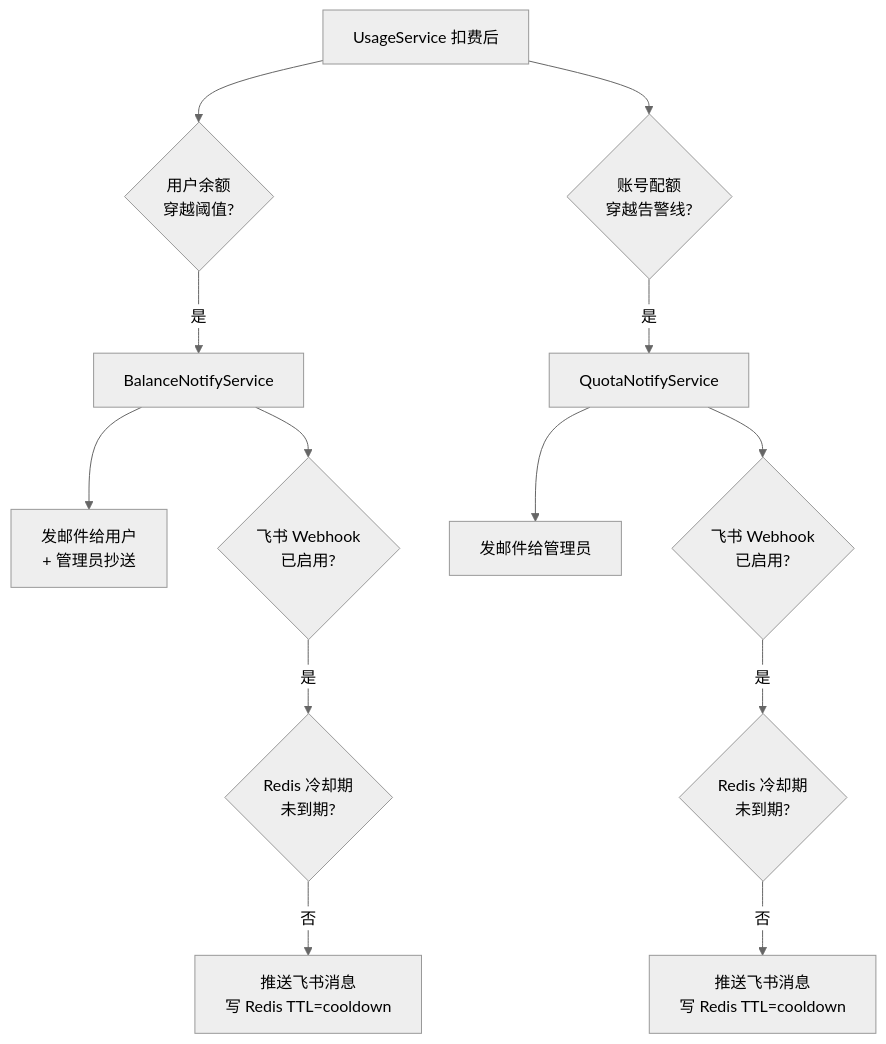
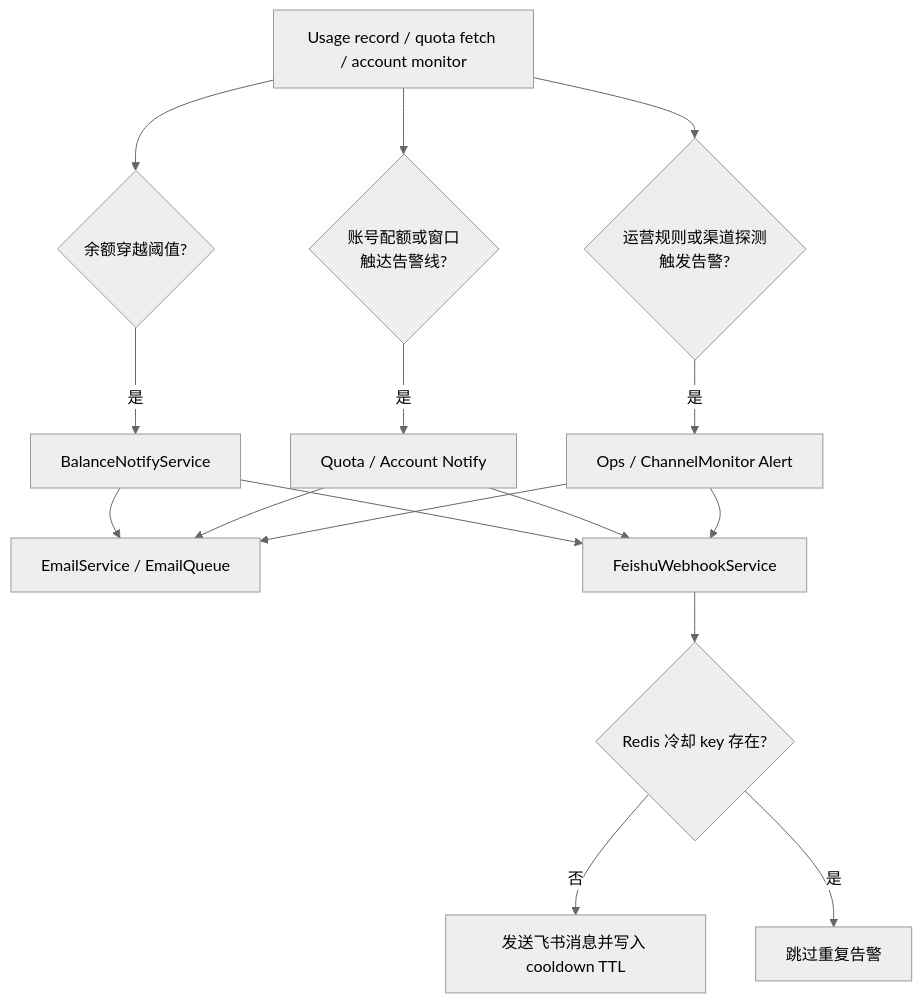
Before and after one commit to linshisancc/sub2api: the eighth of 9 diagrams in docs/ARCHITECTURE.md, drawn with Mermaid (neutral theme). The commit also changed other lines of this file, not shown here.

Commit message:
docs: update architecture overview

````diff
--- a/docs/ARCHITECTURE.md
+++ b/docs/ARCHITECTURE.md
@@ -485,18 +597,20 @@
 ```mermaid
 flowchart TD
-    US[UsageService 扣费后] --> B1{用户余额<br/>穿越阈值?}
-    US --> B2{账号配额<br/>穿越告警线?}
+    TASK[Usage record / quota fetch / account monitor] --> B1{余额穿越阈值?}
+    TASK --> B2{账号配额或窗口<br/>触达告警线?}
+    TASK --> B3{运营规则或渠道探测<br/>触发告警?}
 
-    B1 -- 是 --> N1[BalanceNotifyService]
-    B2 -- 是 --> N2[QuotaNotifyService]
+    B1 -- 是 --> BAL[BalanceNotifyService]
+    B2 -- 是 --> QUOTA[Quota / Account Notify]
+    B3 -- 是 --> OPS[Ops / ChannelMonitor Alert]
 
-    N1 --> EMAIL1[发邮件给用户<br/>+ 管理员抄送]
-    N1 --> FW1{飞书 Webhook<br/>已启用?}
-    FW1 -- 是 --> CD1{Redis 冷却期<br/>未到期?}
-    CD1 -- 否 --> SEND1[推送飞书消息<br/>写 Redis TTL=cooldown]
-
-    N2 --> EMAIL2[发邮件给管理员]
-    N2 --> FW2{飞书 Webhook<br/>已启用?}
-    FW2 -- 是 --> CD2{Redis 冷却期<br/>未到期?}
-    CD2 -- 否 --> SEND2[推送飞书消息<br/>写 Redis TTL=cooldown]
+    BAL --> MAIL[EmailService / EmailQueue]
+    QUOTA --> MAIL
+    OPS --> MAIL
+    BAL --> FW[FeishuWebhookService]
+    QUOTA --> FW
+    OPS --> FW
+    FW --> CD{Redis 冷却 key 存在?}
+    CD -- 否 --> SEND[发送飞书消息并写入 cooldown TTL]
+    CD -- 是 --> SKIP[跳过重复告警]
 ```
````
